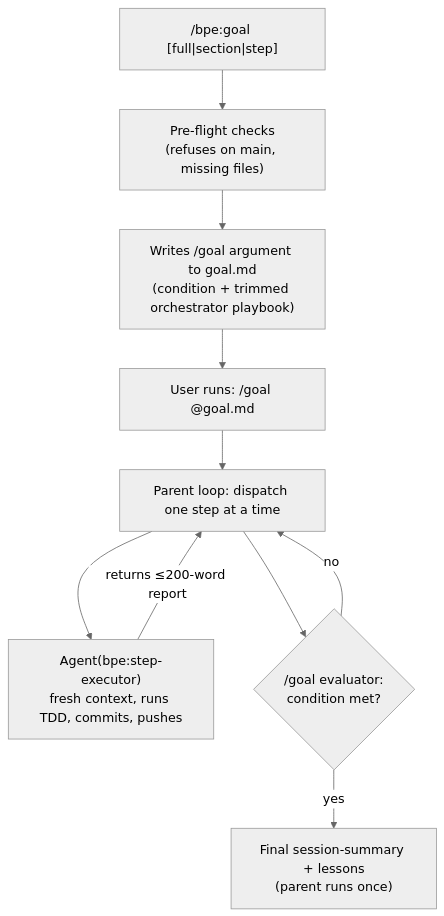
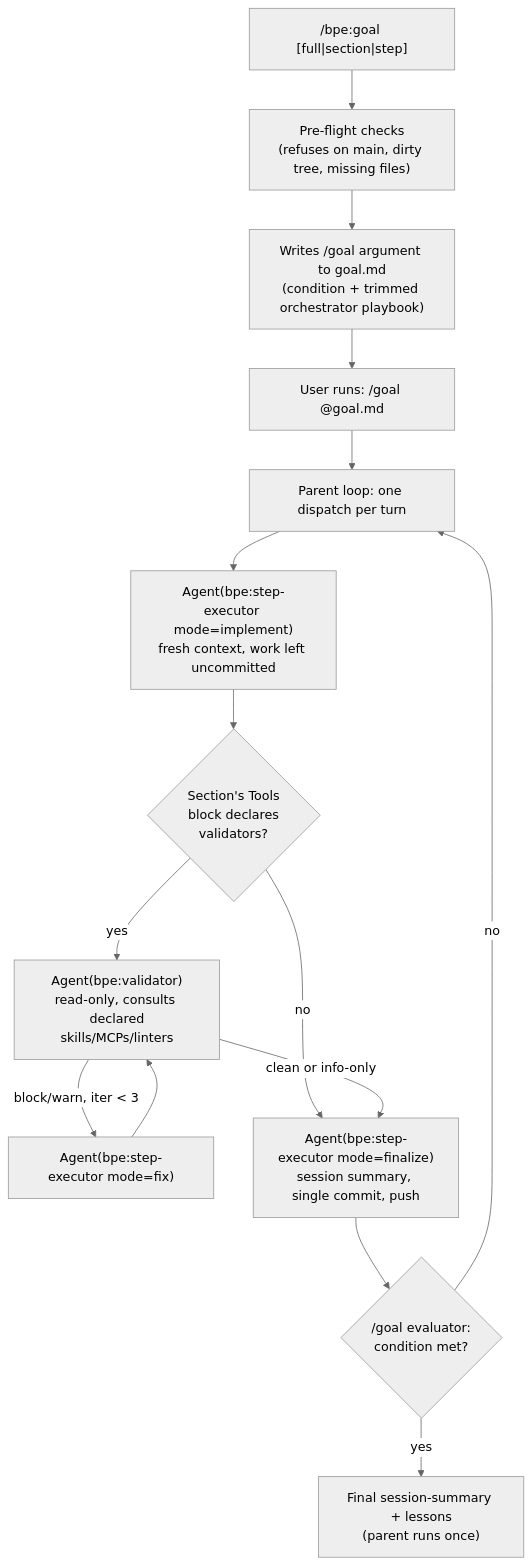
The diagram in bpe/README.md (MasonEgger/claude-code-plugin), drawn with Mermaid (neutral theme) before and after one commit. The commit also changed other lines of this file and 18 other files, not shown here.

````diff
--- a/bpe/README.md
+++ b/bpe/README.md
@@ -61,12 +61,17 @@
 ```mermaid
 flowchart TD
-    A["/bpe:goal [full|section|step]"] --> B["Pre-flight checks<br/>(refuses on main, missing files)"]
+    A["/bpe:goal [full|section|step]"] --> B["Pre-flight checks<br/>(refuses on main, dirty tree, missing files)"]
     B --> C["Writes /goal argument to goal.md<br/>(condition + trimmed orchestrator playbook)"]
     C --> D["User runs: /goal @goal.md"]
-    D --> E["Parent loop: dispatch one step at a time"]
-    E --> F["Agent(bpe:step-executor)<br/>fresh context, runs TDD, commits, pushes"]
-    F -->|"returns ≤200-word report"| E
-    E --> G{"/goal evaluator:<br/>condition met?"}
-    G -->|no| E
-    G -->|yes| H["Final session-summary + lessons<br/>(parent runs once)"]
+    D --> E["Parent loop: one dispatch per turn"]
+    E --> F["Agent(bpe:step-executor mode=implement)<br/>fresh context, work left uncommitted"]
+    F --> G{"Section's Tools<br/>block declares<br/>validators?"}
+    G -->|yes| H["Agent(bpe:validator)<br/>read-only, consults declared<br/>skills/MCPs/linters"]
+    H -->|"block/warn, iter < 3"| I["Agent(bpe:step-executor mode=fix)"]
+    I --> H
+    G -->|no| J["Agent(bpe:step-executor mode=finalize)<br/>session summary, single commit, push"]
+    H -->|"clean or info-only"| J
+    J --> K{"/goal evaluator:<br/>condition met?"}
+    K -->|no| E
+    K -->|yes| L["Final session-summary + lessons<br/>(parent runs once)"]
 ```
````
